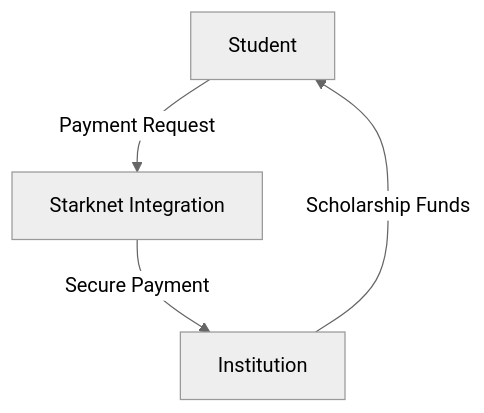
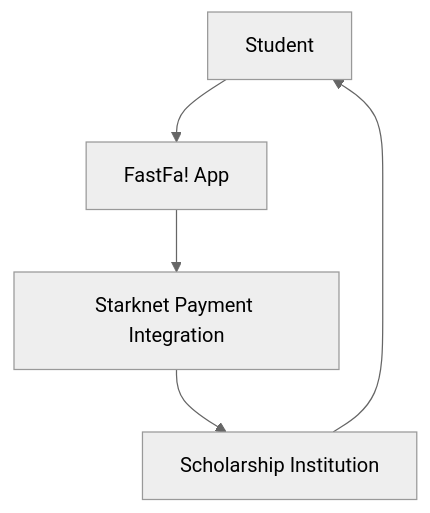
Before and after one commit to agattani123/Fast-Fa: the fifth of 6 diagrams in wiki/Overview/Introduction.md, drawn with Mermaid (neutral theme). The commit also changed other lines of this file and 7 other files, not shown here.

````diff
--- a/wiki/Overview/Introduction.md
+++ b/wiki/Overview/Introduction.md
@@ -52,6 +81,7 @@
 ```mermaid
 graph TD
-    A[Student] -->|Payment Request| B[Starknet Integration]
-    B -->|Secure Payment| C[Institution]
-    C -->|Scholarship Funds| A
+    Student[Student] --> FastFaApp[FastFa! App]
+    FastFaApp --> StarknetPayment[Starknet Payment Integration]
+    StarknetPayment --> Institution[Scholarship Institution]
+    Institution --> Student
 ```
````
